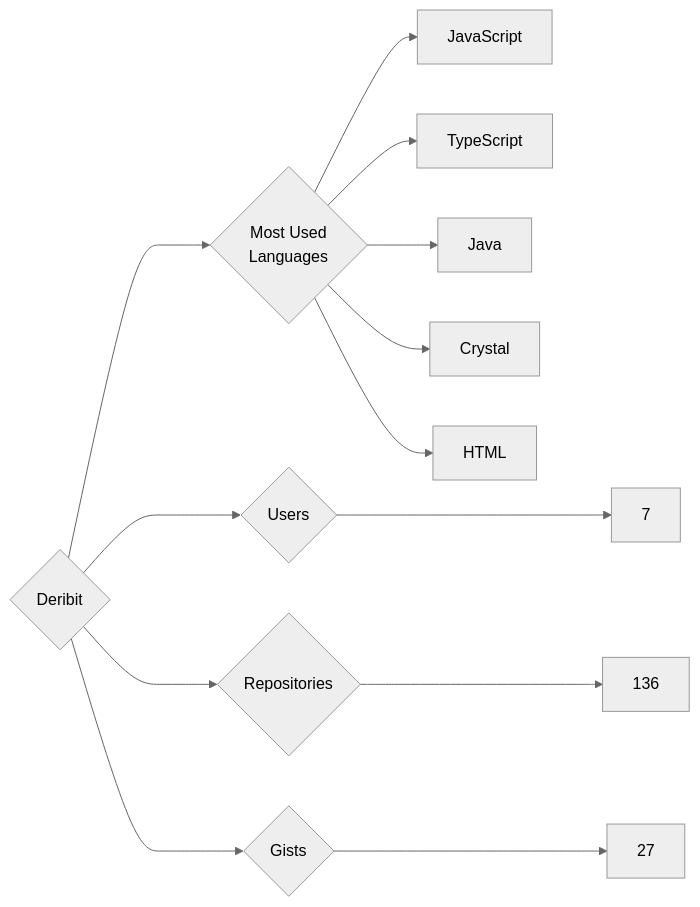
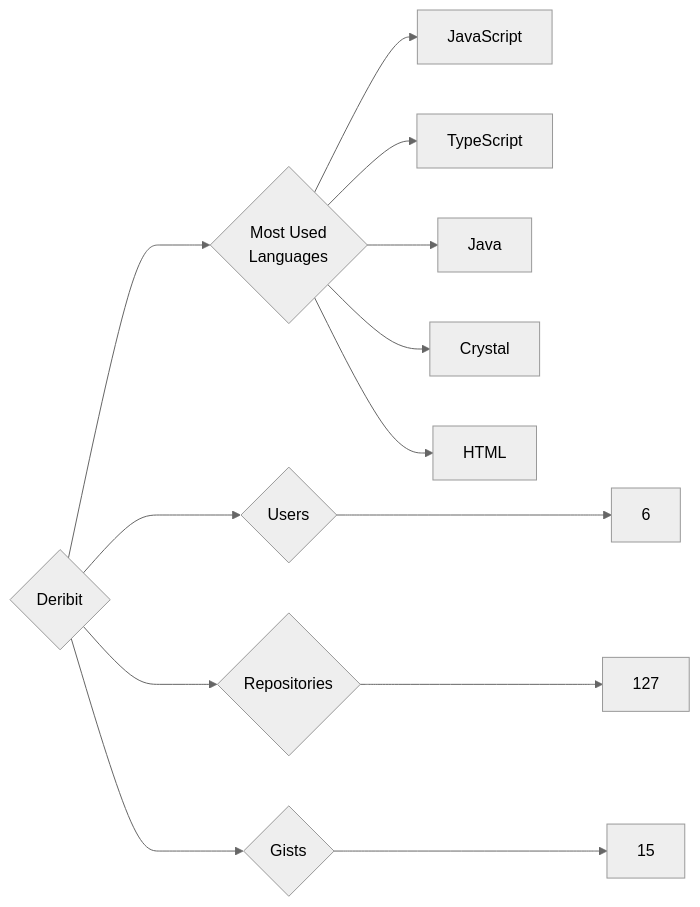
The diagram in targets/Deribit/README.md (trickest/insiders), drawn with Mermaid (neutral theme) before and after one commit. The commit also changed 681 other files, not shown here.

````diff
--- a/targets/Deribit/README.md
+++ b/targets/Deribit/README.md
@@ -3,13 +3,13 @@
 ```mermaid
 graph LR
 COMPANY_NAME{Deribit}
-COMPANY_NAME ---> U{Users} ---> UN[7]
-COMPANY_NAME ---> R{Repositories} ---> RN[136]
-COMPANY_NAME ---> G{Gists} ---> GN[27]
+COMPANY_NAME ---> U{Users} ---> UN[6]
+COMPANY_NAME ---> R{Repositories} ---> RN[127]
+COMPANY_NAME ---> G{Gists} ---> GN[15]
 COMPANY_NAME ---> ML{Most Used<br>Languages}
 ML --> JavaScript[JavaScript]
 ML --> TypeScript[TypeScript]
 ML --> Java[Java]
 ML --> Crystal[Crystal]
 ML --> HTML[HTML]
 ```
````
